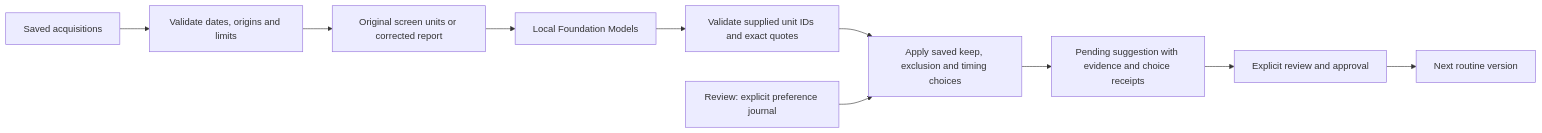
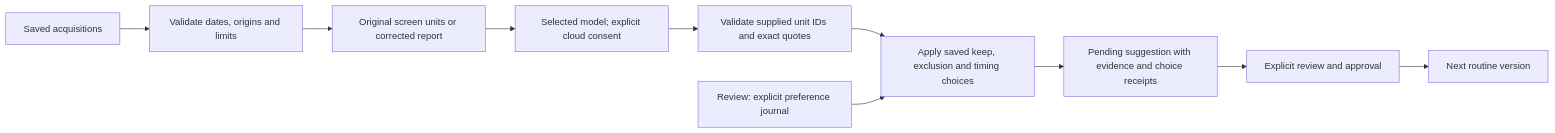
One commit to gderamchi/morning-operator changed the second of 2 diagrams in docs/ROUTINE-LEARNING.md. Above: the diagram before and after it, drawn with Mermaid. The commit also changed other lines of this file and 26 other files, not shown here.

````diff
--- a/docs/ROUTINE-LEARNING.md
+++ b/docs/ROUTINE-LEARNING.md
@@ -34,12 +36,12 @@
 ```mermaid
 flowchart LR
     A[Saved acquisitions] --> B[Validate dates, origins and limits]
     B --> C[Original screen units or corrected report]
-    C --> D[Local Foundation Models]
+    C --> D[Selected model; explicit cloud consent]
     D --> E[Validate supplied unit IDs and exact quotes]
     E --> F[Apply saved keep, exclusion and timing choices]
     P[Review: explicit preference journal] --> F
     F --> G[Pending suggestion with evidence and choice receipts]
     G --> H[Explicit review and approval]
     H --> I[Next routine version]
 ```
````
